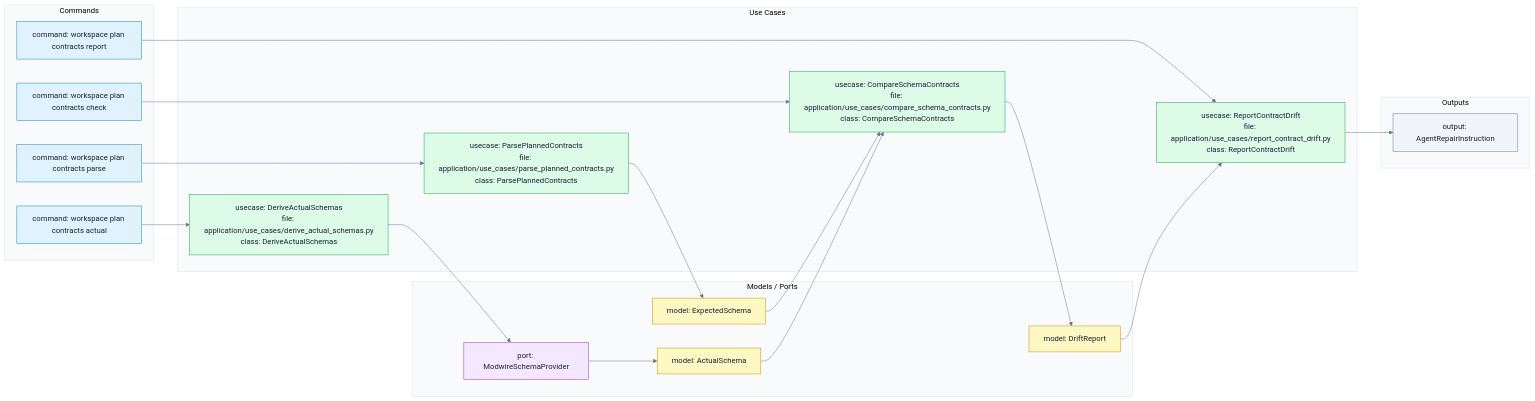
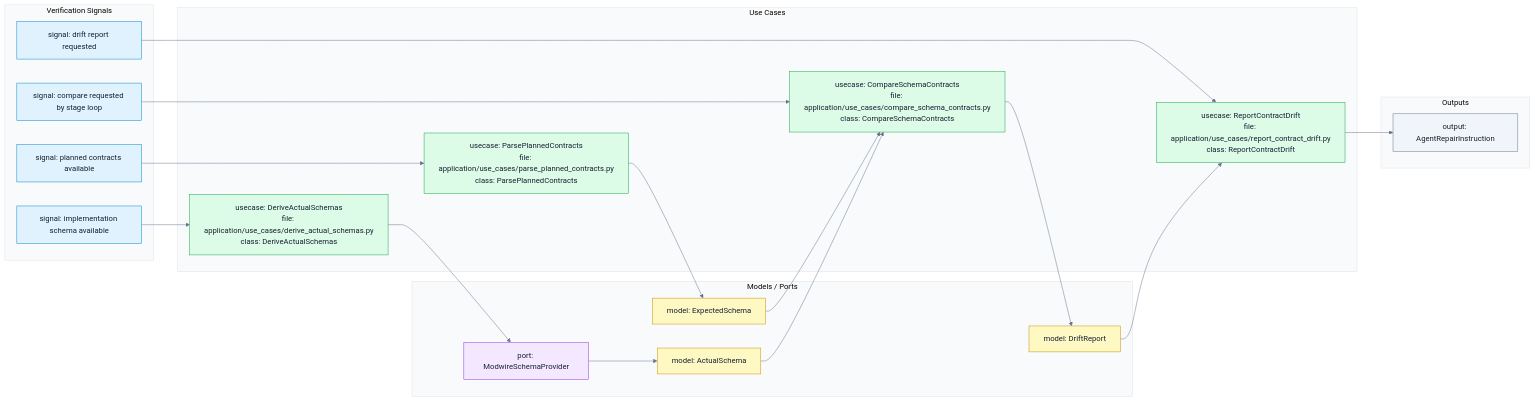
The diagram in .enclosure/plans/planning-workflow/epics/schema-contract-verification/flows.mermaid (9orky/enclosure), drawn with Mermaid before and after one commit. The commit also changed 23 other files, not shown here.

```diff
--- a/.enclosure/plans/planning-workflow/epics/schema-contract-verification/flows.mermaid
+++ b/.enclosure/plans/planning-workflow/epics/schema-contract-verification/flows.mermaid
@@ -1,51 +1,51 @@
-%% contract: use_cases
+%% contract: flow
 %%{init: {"theme": "base", "themeVariables": {"primaryColor": "#e0f2fe", "primaryTextColor": "#172033", "primaryBorderColor": "#0284c7", "lineColor": "#64748b", "tertiaryColor": "#f8fafc"}}}%%
 flowchart LR
-    subgraph commands["Commands"]
-      cmd_parse["command: workspace plan contracts parse"]
-      cmd_actual["command: workspace plan contracts actual"]
-      cmd_compare["command: workspace plan contracts check"]
-      cmd_report["command: workspace plan contracts report"]
+    subgraph signals["Verification Signals"]
+      signal_parse["signal: planned contracts available"]
+      signal_actual["signal: implementation schema available"]
+      signal_compare["signal: compare requested by stage loop"]
+      signal_report["signal: drift report requested"]
     end
 
     subgraph use_cases["Use Cases"]
       uc_parse["usecase: ParsePlannedContracts\nfile: application/use_cases/parse_planned_contracts.py\nclass: ParsePlannedContracts"]
       uc_actual["usecase: DeriveActualSchemas\nfile: application/use_cases/derive_actual_schemas.py\nclass: DeriveActualSchemas"]
       uc_compare["usecase: CompareSchemaContracts\nfile: application/use_cases/compare_schema_contracts.py\nclass: CompareSchemaContracts"]
       uc_report["usecase: ReportContractDrift\nfile: application/use_cases/report_contract_drift.py\nclass: ReportContractDrift"]
     end
 
     subgraph models_ports["Models / Ports"]
       expected["model: ExpectedSchema"]
       modwire["port: ModwireSchemaProvider"]
       actual["model: ActualSchema"]
       drift["model: DriftReport"]
     end
 
     subgraph outputs["Outputs"]
       agent["output: AgentRepairInstruction"]
     end
 
-    cmd_parse --> uc_parse
-    cmd_actual --> uc_actual
-    cmd_compare --> uc_compare
-    cmd_report --> uc_report
+    signal_parse --> uc_parse
+    signal_actual --> uc_actual
+    signal_compare --> uc_compare
+    signal_report --> uc_report
     uc_parse --> expected
     uc_actual --> modwire
     modwire --> actual
     expected --> uc_compare
     actual --> uc_compare
     uc_compare --> drift
     drift --> uc_report
     uc_report --> agent
 
-    classDef command fill:#e0f2fe,stroke:#0284c7,color:#172033;
+    classDef signal fill:#e0f2fe,stroke:#0284c7,color:#172033;
     classDef usecase fill:#dcfce7,stroke:#16a34a,color:#172033;
     classDef model fill:#fef9c3,stroke:#ca8a04,color:#172033;
     classDef port fill:#f3e8ff,stroke:#9333ea,color:#172033;
     classDef output fill:#f1f5f9,stroke:#64748b,color:#172033;
-    class cmd_parse,cmd_actual,cmd_compare,cmd_report command;
+    class signal_parse,signal_actual,signal_compare,signal_report signal;
     class uc_parse,uc_actual,uc_compare,uc_report usecase;
     class expected,actual,drift model;
     class modwire port;
     class agent output;
```
